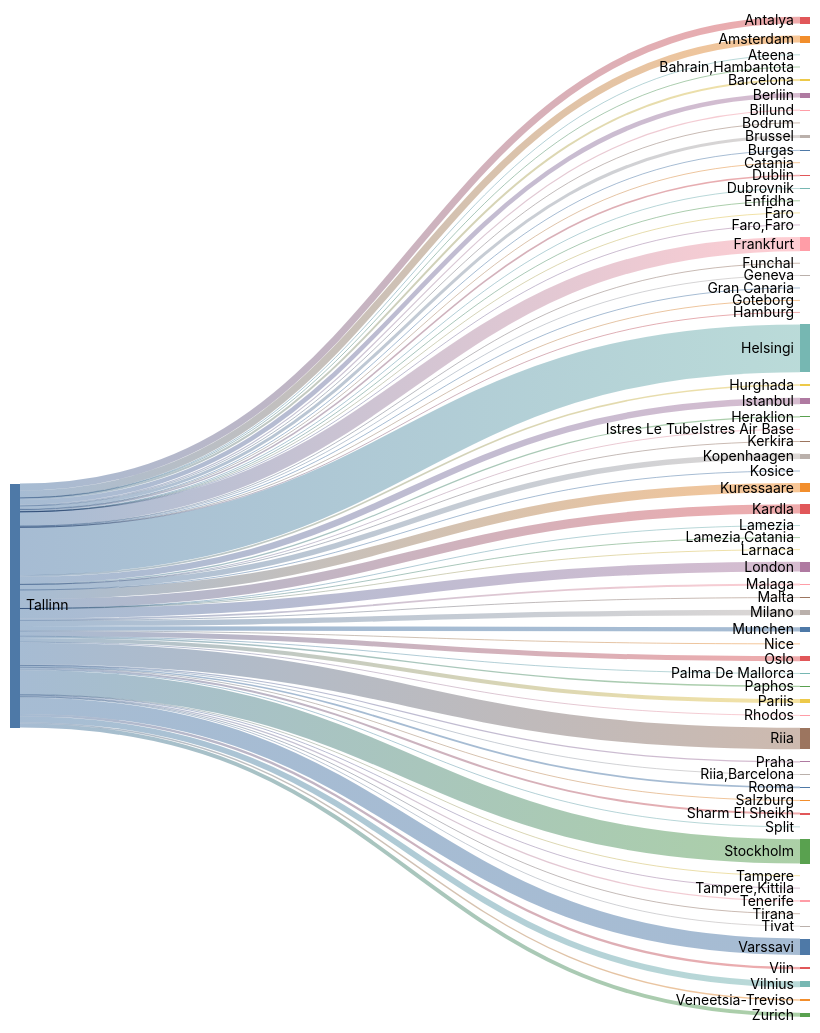
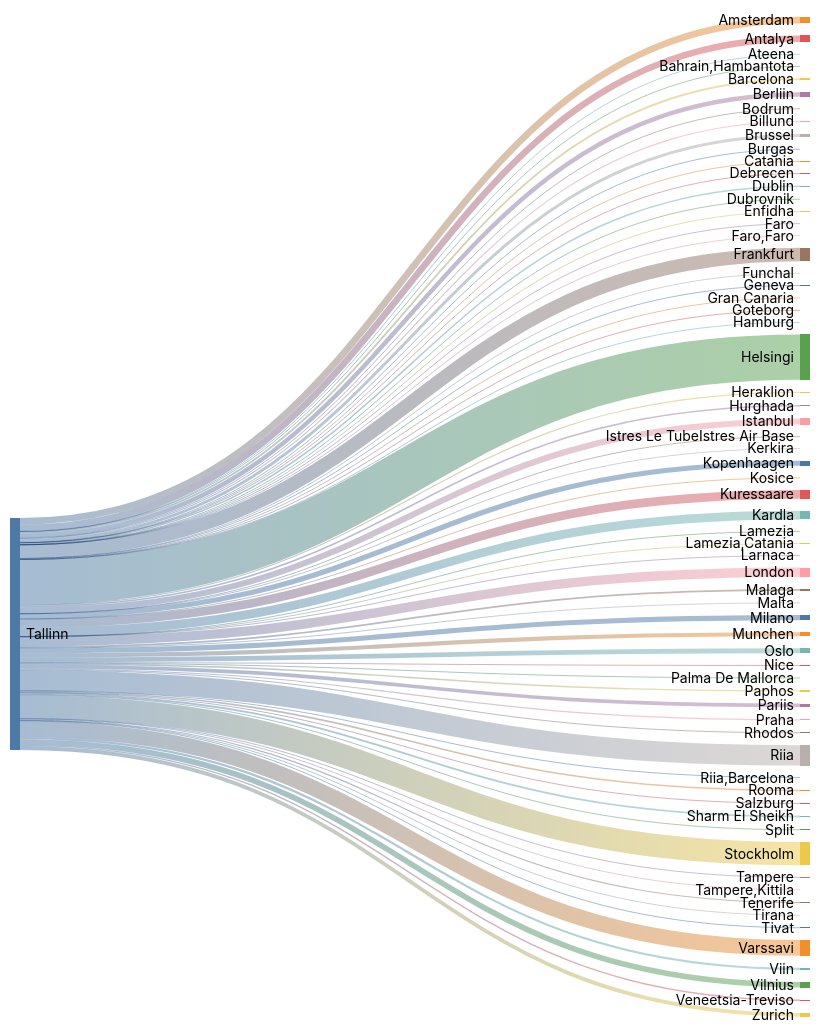
The second of 2 diagrams in README.md (rainermesi/tll-airport-departures), drawn with Mermaid (forest theme) before and after one commit. The commit also changed other lines of this file and 1 other file, not shown here.

````diff
--- a/README.md
+++ b/README.md
@@ -34,77 +34,78 @@
 ```mermaid
 ---
 config:
   sankey:
     showValues: false
     width: 800
     height: 1000
 ---
 sankey-beta
 %% source,target,value
-Tallinn,Amsterdam,327
-Tallinn,Antalya,319
+Tallinn,Amsterdam,329
+Tallinn,Antalya,320
 Tallinn,Ateena,16
 Tallinn,"Bahrain,Hambantota",1
 Tallinn,Barcelona,91
-Tallinn,Berliin,216
+Tallinn,Berliin,218
 Tallinn,Billund,54
 Tallinn,Bodrum,11
-Tallinn,Brussel,142
+Tallinn,Brussel,143
 Tallinn,Burgas,26
 Tallinn,Catania,2
-Tallinn,Dublin,72
+Tallinn,Debrecen,1
+Tallinn,Dublin,73
 Tallinn,Dubrovnik,21
 Tallinn,Enfidha,7
 Tallinn,Faro,4
 Tallinn,"Faro,Faro",1
-Tallinn,Frankfurt,657
+Tallinn,Frankfurt,660
 Tallinn,Funchal,5
 Tallinn,Geneva,13
 Tallinn,Gran Canaria,38
 Tallinn,Goteborg,1
 Tallinn,Hamburg,2
-Tallinn,Helsingi,2210
-Tallinn,Heraklion,55
+Tallinn,Helsingi,2218
+Tallinn,Heraklion,56
 Tallinn,Hurghada,75
-Tallinn,Istanbul,296
+Tallinn,Istanbul,297
 Tallinn,Istres Le TubeIstres Air Base,2
 Tallinn,Kerkira,4
-Tallinn,Kopenhaagen,253
+Tallinn,Kopenhaagen,256
 Tallinn,Kosice,1
-Tallinn,Kuressaare,428
-Tallinn,Kardla,428
+Tallinn,Kuressaare,429
+Tallinn,Kardla,429
 Tallinn,Lamezia,1
 Tallinn,"Lamezia,Catania",3
 Tallinn,Larnaca,4
-Tallinn,London,455
+Tallinn,London,457
 Tallinn,Malaga,86
 Tallinn,Malta,18
-Tallinn,Milano,249
-Tallinn,Munchen,203
-Tallinn,Nice,29
-Tallinn,Oslo,232
+Tallinn,Milano,250
+Tallinn,Munchen,205
+Tallinn,Nice,30
+Tallinn,Oslo,234
 Tallinn,Palma De Mallorca,22
 Tallinn,Paphos,66
-Tallinn,Pariis,179
-Tallinn,Praha,56
+Tallinn,Pariis,180
+Tallinn,Praha,57
 Tallinn,Rhodos,37
-Tallinn,Riia,996
+Tallinn,Riia,1000
 Tallinn,"Riia,Barcelona",1
 Tallinn,Rooma,80
 Tallinn,Salzburg,14
 Tallinn,Sharm El Sheikh,93
-Tallinn,Split,30
-Tallinn,Stockholm,1126
+Tallinn,Split,31
+Tallinn,Stockholm,1132
 Tallinn,Tampere,17
 Tallinn,"Tampere,Kittila",21
 Tallinn,Tenerife,58
 Tallinn,Tirana,10
-Tallinn,Tivat,32
-Tallinn,Varssavi,764
+Tallinn,Tivat,33
+Tallinn,Varssavi,768
 Tallinn,Veneetsia-Treviso,67
 Tallinn,Viin,106
-Tallinn,Vilnius,272
-Tallinn,Zurich,185
+Tallinn,Vilnius,273
+Tallinn,Zurich,186
 
 
 ```
````
